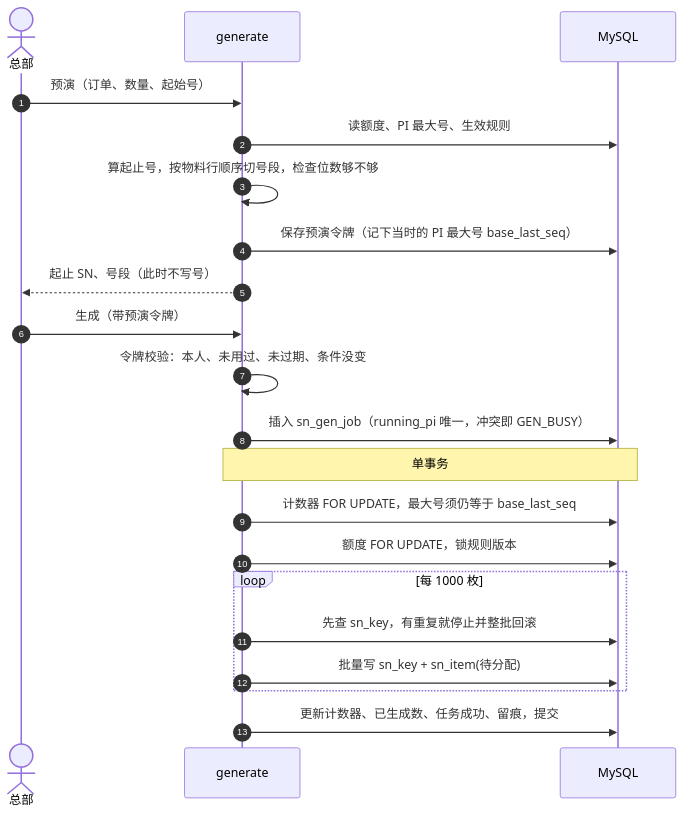
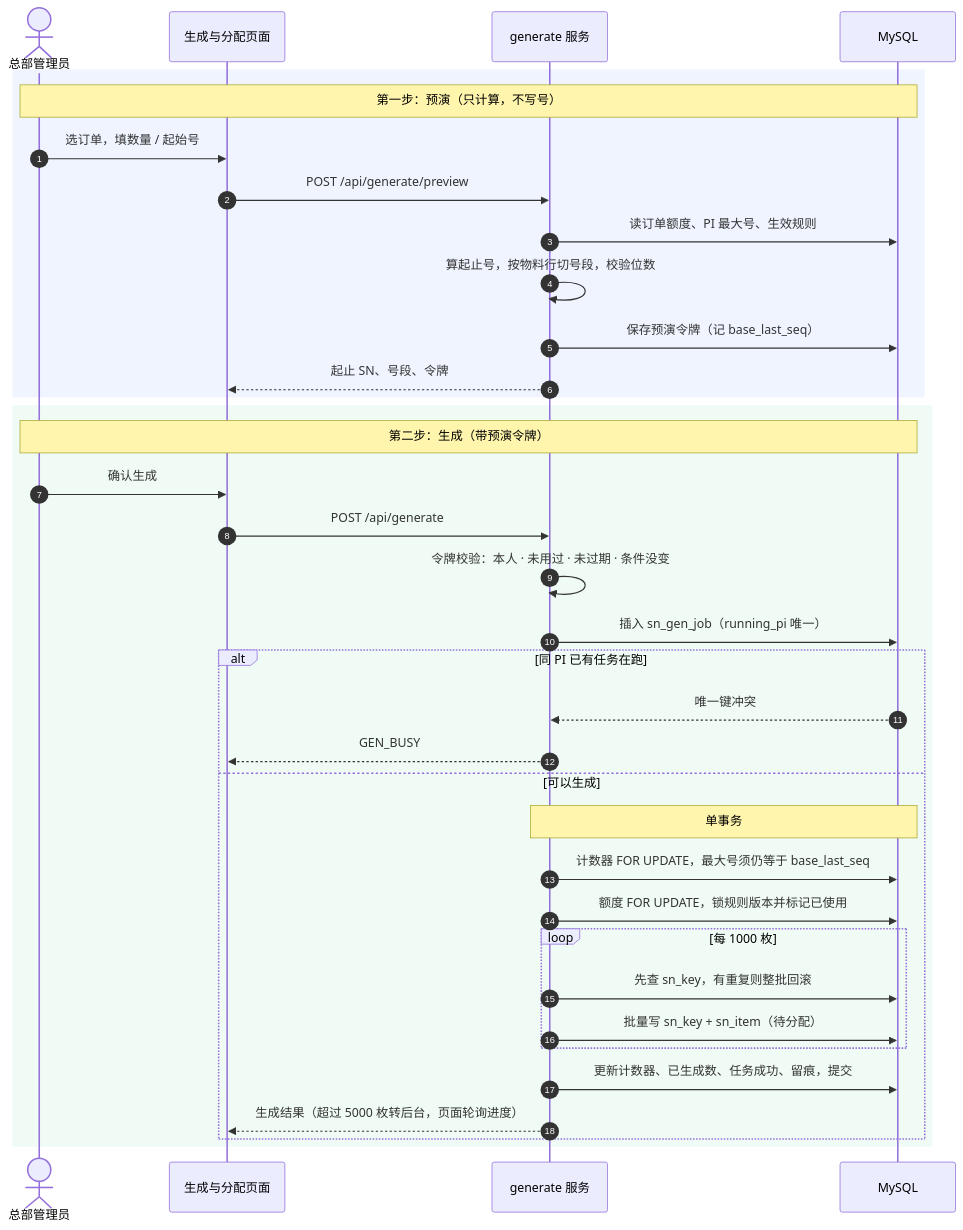
One commit to Createsnow/sn-center changed the ninth of 9 diagrams in docs/系统技术方案.md. Above: the diagram before and after it, drawn with Mermaid. The commit also changed other lines of this file and 11 other files, not shown here.

First line of the commit message:
系统技术方案：重画全部图，ER 标注一对多，新增 Word 版

````diff
--- a/docs/系统技术方案.md
+++ b/docs/系统技术方案.md
@@ -495,23 +764,40 @@
 ```mermaid
 sequenceDiagram
     autonumber
-    actor H as 总部
-    participant G as generate
+    actor H as 总部管理员
+    participant W as 生成与分配页面
+    participant G as generate 服务
     participant DB as MySQL
-    H->>G: 预演（订单、数量、起始号）
-    G->>DB: 读额度、PI 最大号、生效规则
-    G->>G: 算起止号，按物料行顺序切号段，检查位数够不够
-    G->>DB: 保存预演令牌（记下当时的 PI 最大号 base_last_seq）
-    G-->>H: 起止 SN、号段（此时不写号）
-    H->>G: 生成（带预演令牌）
-    G->>G: 令牌校验：本人、未用过、未过期、条件没变
-    G->>DB: 插入 sn_gen_job（running_pi 唯一，冲突即 GEN_BUSY）
-    Note over G,DB: 单事务
-    G->>DB: 计数器 FOR UPDATE，最大号须仍等于 base_last_seq
-    G->>DB: 额度 FOR UPDATE，锁规则版本
-    loop 每 1000 枚
-        G->>DB: 先查 sn_key，有重复就停止并整批回滚
-        G->>DB: 批量写 sn_key + sn_item(待分配)
+
+    rect rgba(120,160,255,0.12)
+    Note over H,DB: 第一步：预演（只计算，不写号）
+    H->>W: 选订单，填数量 / 起始号
+    W->>G: POST /api/generate/preview
+    G->>DB: 读订单额度、PI 最大号、生效规则
+    G->>G: 算起止号，按物料行切号段，校验位数
+    G->>DB: 保存预演令牌（记 base_last_seq）
+    G-->>W: 起止 SN、号段、令牌
     end
-    G->>DB: 更新计数器、已生成数、任务成功、留痕，提交
+
+    rect rgba(120,220,160,0.12)
+    Note over H,DB: 第二步：生成（带预演令牌）
+    H->>W: 确认生成
+    W->>G: POST /api/generate
+    G->>G: 令牌校验：本人 · 未用过 · 未过期 · 条件没变
+    G->>DB: 插入 sn_gen_job（running_pi 唯一）
+    alt 同 PI 已有任务在跑
+        DB-->>G: 唯一键冲突
+        G-->>W: GEN_BUSY
+    else 可以生成
+        Note over G,DB: 单事务
+        G->>DB: 计数器 FOR UPDATE，最大号须仍等于 base_last_seq
+        G->>DB: 额度 FOR UPDATE，锁规则版本并标记已使用
+        loop 每 1000 枚
+            G->>DB: 先查 sn_key，有重复则整批回滚
+            G->>DB: 批量写 sn_key + sn_item（待分配）
+        end
+        G->>DB: 更新计数器、已生成数、任务成功、留痕，提交
+        G-->>W: 生成结果（超过 5000 枚转后台，页面轮询进度）
+    end
+    end
 ```
````
